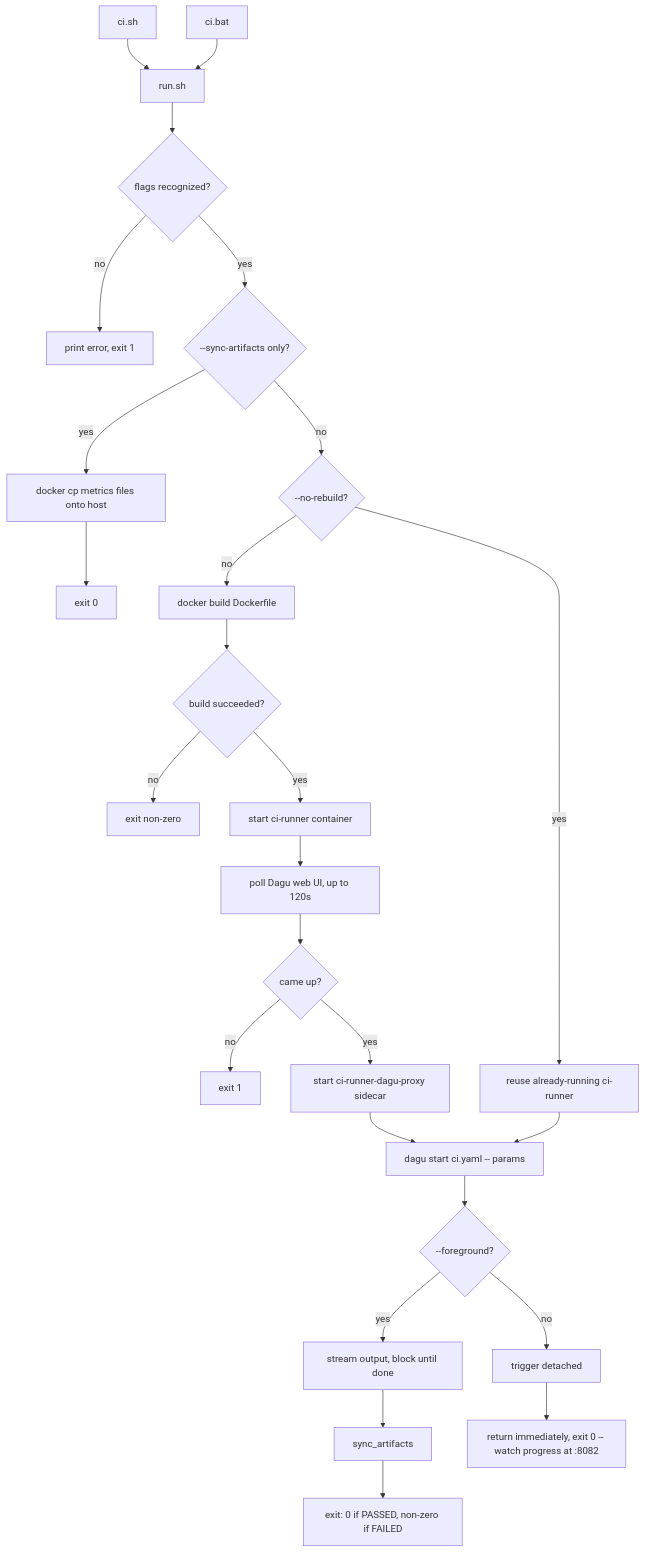
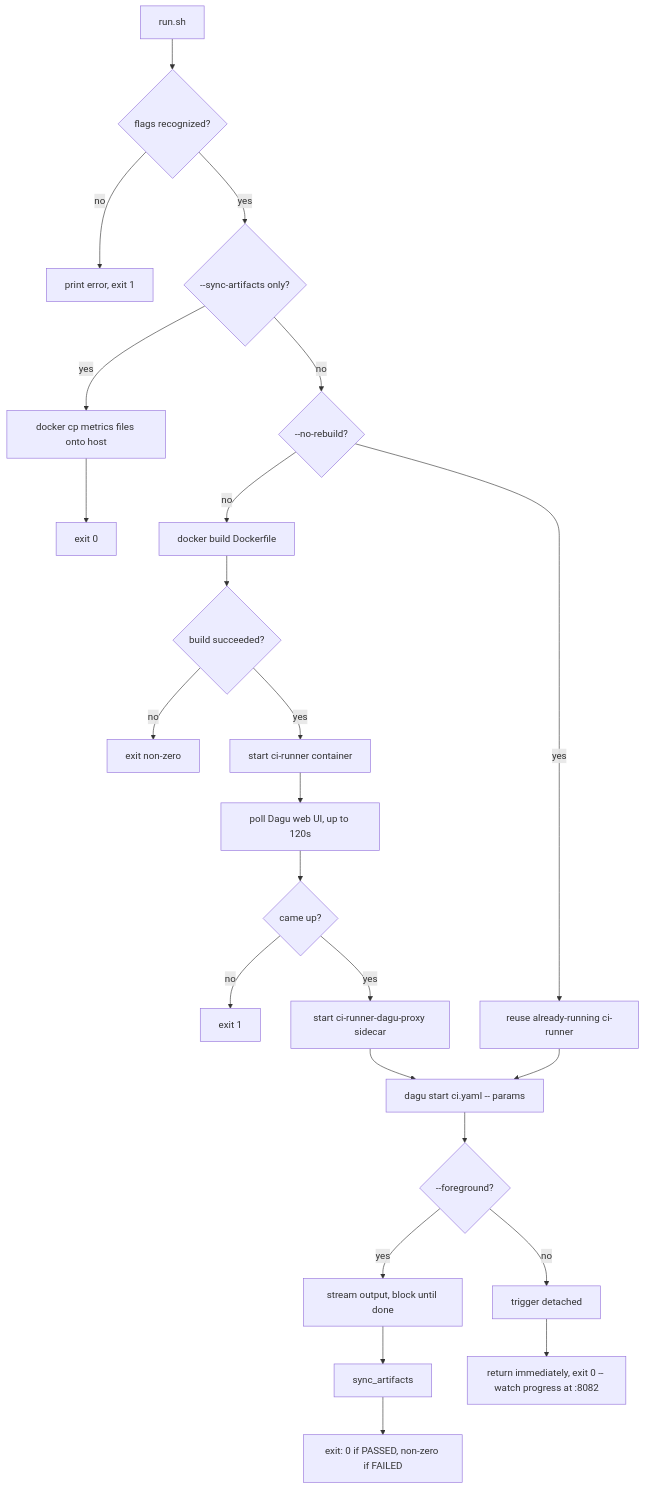
The first of 2 diagrams in scripts/ci/README.md (OstMutant/Advertisement), drawn with Mermaid before and after one commit. The commit also changed other lines of this file and 79 other files, not shown here.

````diff
--- a/scripts/ci/README.md
+++ b/scripts/ci/README.md
@@ -22,23 +21,22 @@
 ```mermaid
 flowchart TD
-    A1[ci.sh] --> B[run.sh]
-    A2[ci.bat] --> B
+    B[run.sh]
     B --> B1{flags recognized?}
     B1 -->|no| Z0[print error, exit 1]
     B1 -->|yes| C{--sync-artifacts only?}
     C -->|yes| C1[docker cp metrics files onto host] --> Z1[exit 0]
     C -->|no| D{--no-rebuild?}
     D -->|no| E[docker build Dockerfile] --> E1{build succeeded?}
     E1 -->|no| Z4[exit non-zero]
     E1 -->|yes| F[start ci-runner container]
     F --> F1[poll Dagu web UI, up to 120s]
     F1 --> F2{came up?}
     F2 -->|no| Z5[exit 1]
     F2 -->|yes| G[start ci-runner-dagu-proxy sidecar]
     D -->|yes| H[reuse already-running ci-runner]
     G --> I[dagu start ci.yaml -- params]
     H --> I
     I --> J{--foreground?}
     J -->|yes| K[stream output, block until done] --> L[sync_artifacts] --> Z2[exit: 0 if PASSED, non-zero if FAILED]
     J -->|no| M[trigger detached] --> Z3[return immediately, exit 0 -- watch progress at :8082]
 ```
````
